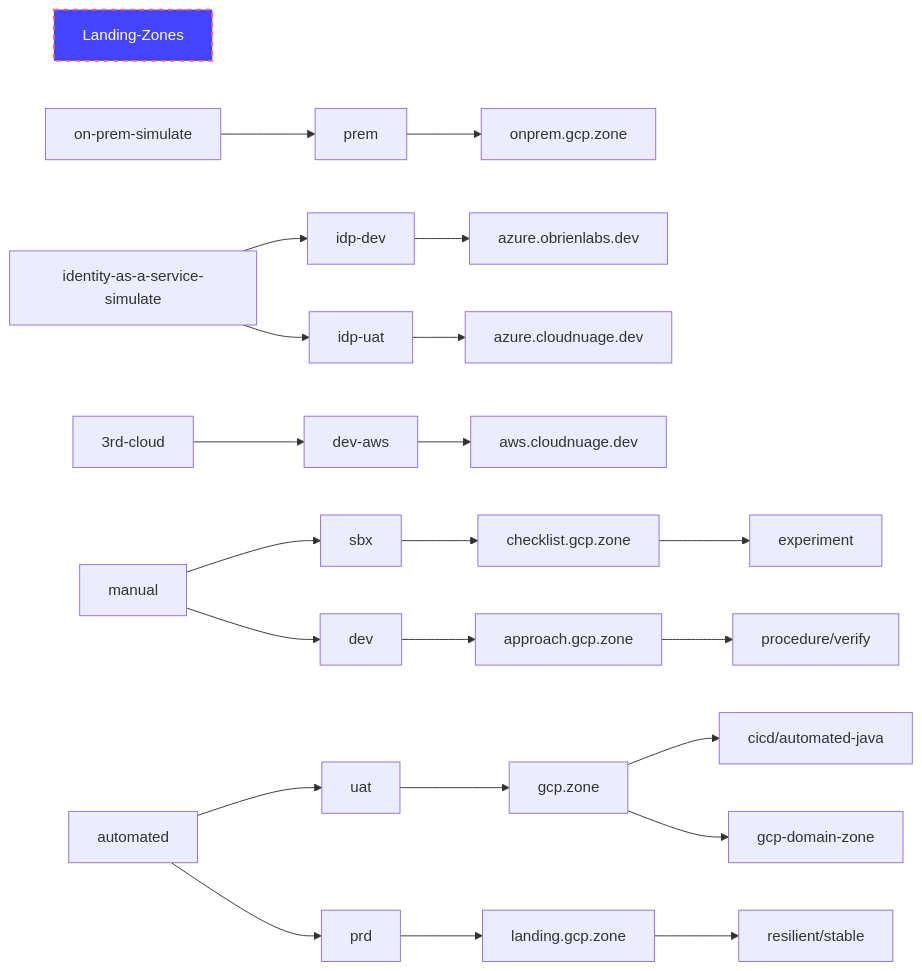
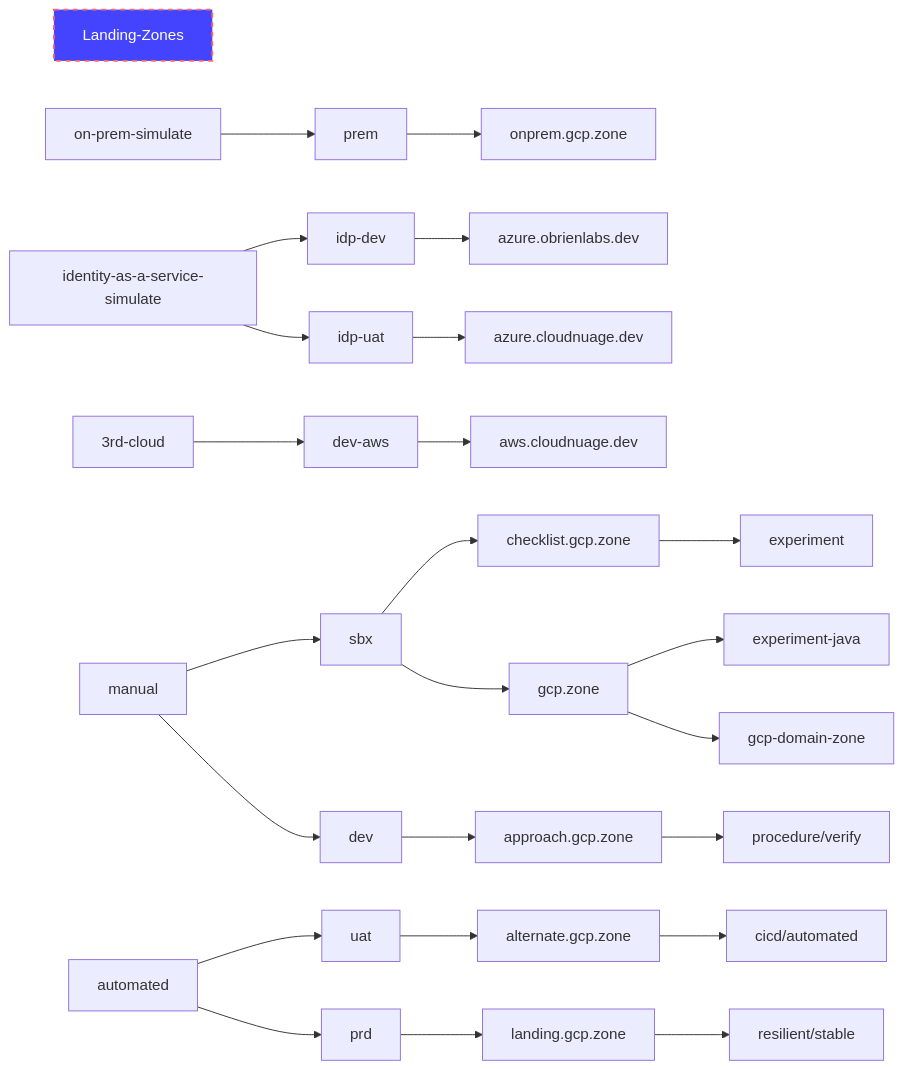
The diagram in docs/landing-zone.md (cloud-quickstart/gcp-landing-zone), drawn with Mermaid before and after one commit.

````diff
--- a/docs/landing-zone.md
+++ b/docs/landing-zone.md
@@ -17,27 +17,28 @@
 ```mermaid
 graph LR;
     style Landing-Zones fill:#44f,stroke:#f66,stroke-width:2px,color:#fff,stroke-dasharray: 5 5
     %% mapped and documented
 
     on-prem-simulate-->prem
     identity-as-a-service-simulate-->idp-dev
     identity-as-a-service-simulate-->idp-uat
     3rd-cloud-->dev-aws
     
     manual-->sbx
     manual-->dev
     automated-->uat
     automated-->prd
     
     prem-->onprem.gcp.zone
     idp-dev-->azure.obrienlabs.dev
     idp-uat-->azure.cloudnuage.dev
     dev-->approach.gcp.zone-->procedure/verify
     dev-aws-->aws.cloudnuage.dev
     sbx-->checklist.gcp.zone-->experiment
     prd-->landing.gcp.zone-->resilient/stable
-    uat-->gcp.zone-->cicd/automated-java
+    uat-->alternate.gcp.zone-->cicd/automated
+    sbx-->gcp.zone-->experiment-java
     gcp.zone-->gcp-domain-zone
     
     
 ```
````
